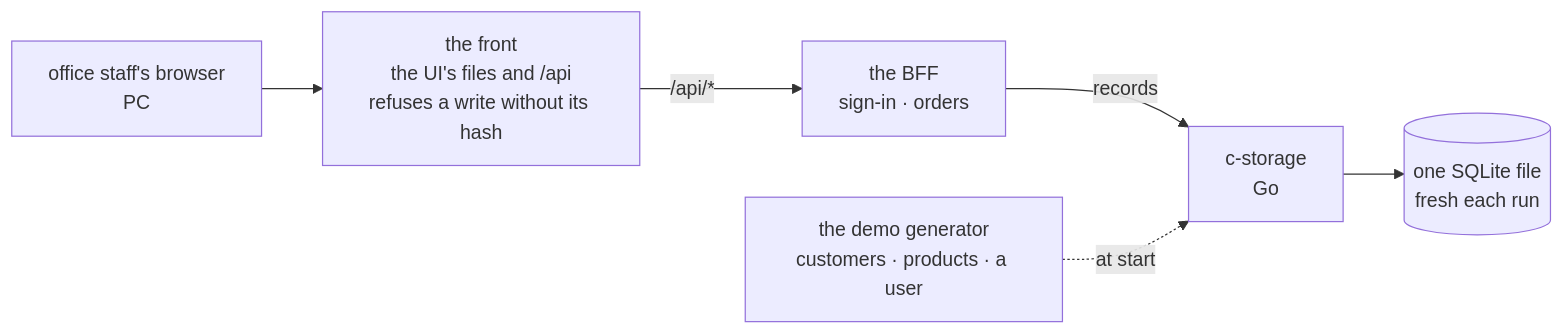
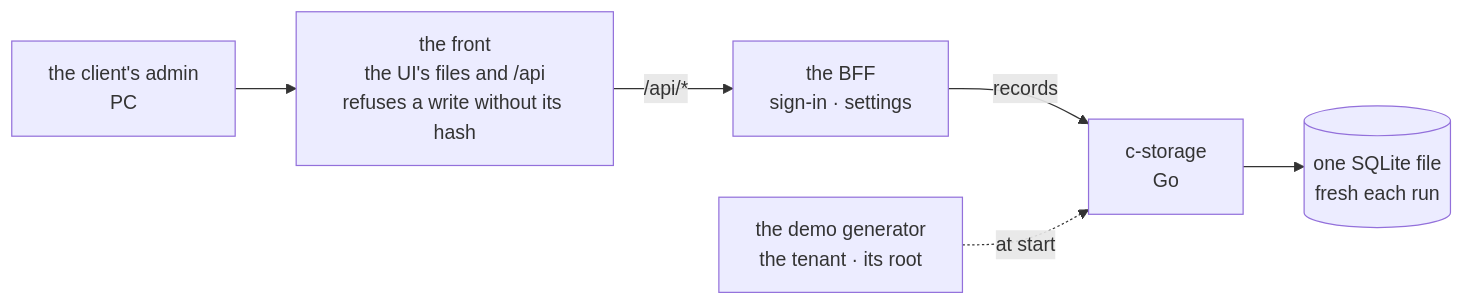
Before and after one commit to ancJ29/credo: the diagram in docs/plans/2026-10-27-app-frame.md, drawn with Mermaid. The commit also changed other lines of this file and 1 other file, not shown here.

First line of the commit message:
docs(plan): the app frame re-planned as piece 1, client config and login

````diff
--- a/docs/plans/2026-10-27-app-frame.md
+++ b/docs/plans/2026-10-27-app-frame.md
@@ -12,8 +14,8 @@
 ```mermaid
 flowchart LR
-  browser["office staff's browser<br/>PC"] --> front["the front<br/>the UI's files and /api<br/>refuses a write without its hash"]
-  front -- "/api/*" --> bff["the BFF<br/>sign-in · orders"]
+  browser["the client's admin<br/>PC"] --> front["the front<br/>the UI's files and /api<br/>refuses a write without its hash"]
+  front -- "/api/*" --> bff["the BFF<br/>sign-in · settings"]
   bff -- "records" --> cs["c-storage<br/>Go"]
   cs --> db[("one SQLite file<br/>fresh each run")]
-  gen["the demo generator<br/>customers · products · a user"] -. "at start" .-> cs
+  gen["the demo generator<br/>the tenant · its root"] -. "at start" .-> cs
 ```
````
